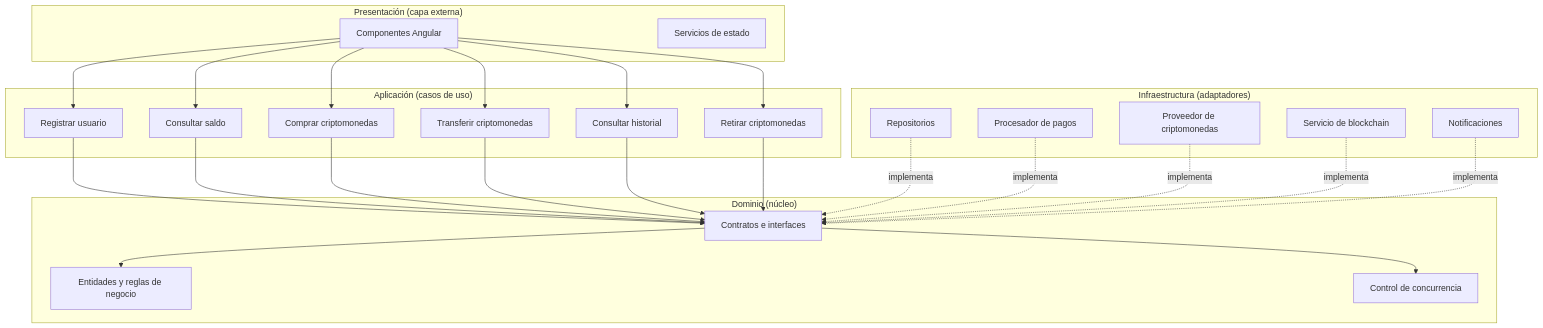
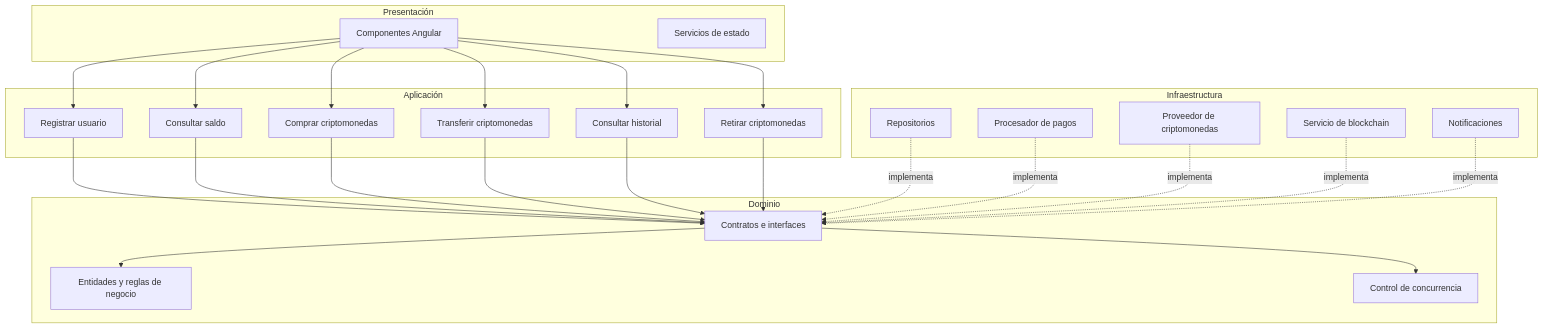
Before and after one commit to B3L70N/Flexcoin-arquitSoft-02-Jordy-Huaman: the diagram in arquitectura/enfoque/enfoque-arquitectonico.md, drawn with Mermaid. The commit also changed other lines of this file and 4 other files, not shown here.

Commit message:
docs: agregar enfoque arquitectonico Clean Architecture de Flexcoin

````diff
--- a/arquitectura/enfoque/enfoque-arquitectonico.md
+++ b/arquitectura/enfoque/enfoque-arquitectonico.md
@@ -85,53 +72,53 @@
 ```mermaid
 flowchart TD
-    subgraph Presentacion ["Presentación (capa externa)"]
+    subgraph Presentacion ["Presentación"]
         P1[Componentes Angular]
         P2[Servicios de estado]
     end
 
-    subgraph Aplicacion ["Aplicación (casos de uso)"]
+    subgraph Aplicacion ["Aplicación"]
         A1[Registrar usuario]
         A2[Consultar saldo]
         A3[Comprar criptomonedas]
         A4[Transferir criptomonedas]
         A5[Consultar historial]
         A6[Retirar criptomonedas]
     end
 
-    subgraph Dominio ["Dominio (núcleo)"]
+    subgraph Dominio ["Dominio"]
         D1[Entidades y reglas de negocio]
         D2[Contratos e interfaces]
         D3[Control de concurrencia]
     end
 
-    subgraph Infraestructura ["Infraestructura (adaptadores)"]
+    subgraph Infraestructura ["Infraestructura"]
         I1[Repositorios]
         I2[Procesador de pagos]
         I3[Proveedor de criptomonedas]
         I4[Servicio de blockchain]
         I5[Notificaciones]
     end
 
     P1 --> A1
     P1 --> A2
     P1 --> A3
     P1 --> A4
     P1 --> A5
     P1 --> A6
 
     A1 --> D2
     A2 --> D2
     A3 --> D2
     A4 --> D2
     A5 --> D2
     A6 --> D2
 
     D2 --> D1
     D2 --> D3
 
     I1 -.->|implementa| D2
     I2 -.->|implementa| D2
     I3 -.->|implementa| D2
     I4 -.->|implementa| D2
     I5 -.->|implementa| D2
 ```
````
